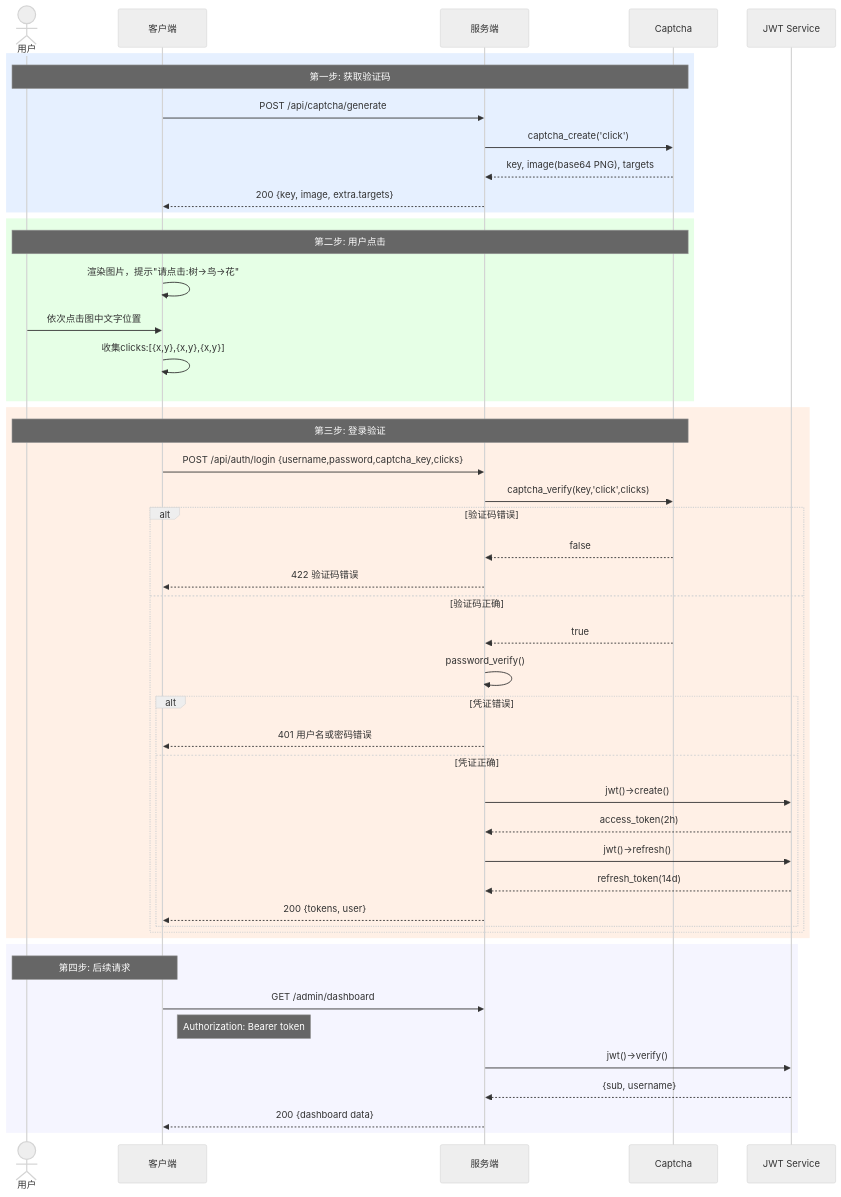
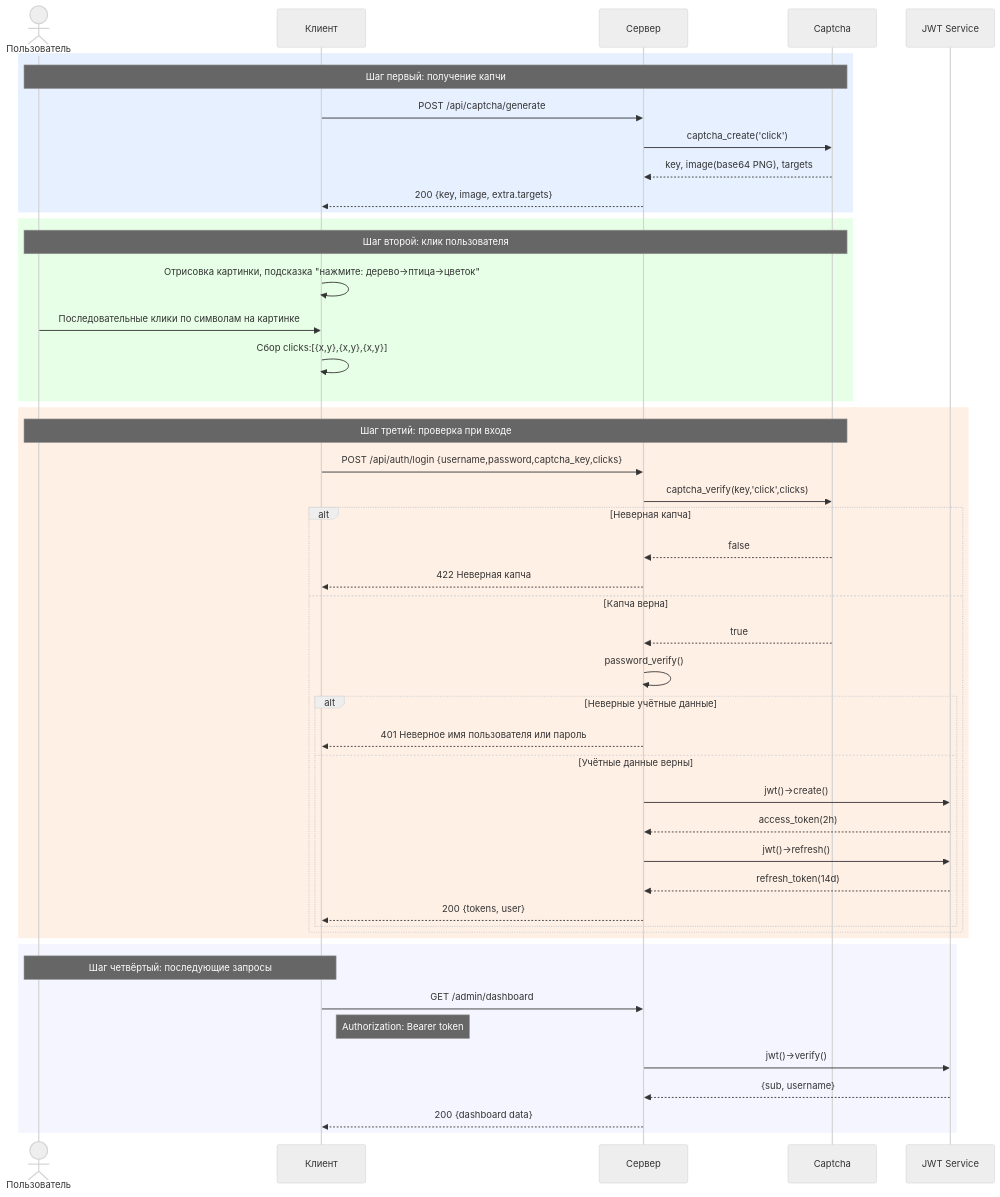
Before and after one commit to erikwang2013/game-platform-php: the diagram in admin/docs/diagrams/04-auth-captcha-flow.ru.md, drawn with Mermaid (neutral theme). The commit also changed 211 other files, not shown here.

First line of the commit message:
fix: 支付配置读回类型根治、提现事件对账巡检，12 语族 mermaid 与 API 标签本地化

````diff
--- a/admin/docs/diagrams/04-auth-captcha-flow.ru.md
+++ b/admin/docs/diagrams/04-auth-captcha-flow.ru.md
@@ -7,55 +7,55 @@
 ```mermaid
 sequenceDiagram
-    actor U as 用户
-    participant CL as 客户端
-    participant SV as 服务端
+    actor U as Пользователь
+    participant CL as Клиент
+    participant SV as Сервер
     participant CAP as Captcha
     participant JWT as JWT Service
 
     rect rgb(230, 240, 255)
-    Note over U,CAP: 第一步: 获取验证码
+    Note over U,CAP: Шаг первый: получение капчи
     CL->>SV: POST /api/captcha/generate
     SV->>CAP: captcha_create('click')
     CAP-->>SV: key, image(base64 PNG), targets
     SV-->>CL: 200 {key, image, extra.targets}
     end
 
     rect rgb(230, 255, 230)
-    Note over U,CAP: 第二步: 用户点击
-    CL->>CL: 渲染图片，提示"请点击:树→鸟→花"
-    U->>CL: 依次点击图中文字位置
-    CL->>CL: 收集clicks:[{x,y},{x,y},{x,y}]
+    Note over U,CAP: Шаг второй: клик пользователя
+    CL->>CL: Отрисовка картинки, подсказка "нажмите: дерево→птица→цветок"
+    U->>CL: Последовательные клики по символам на картинке
+    CL->>CL: Сбор clicks:[{x,y},{x,y},{x,y}]
     end
 
     rect rgb(255, 240, 230)
-    Note over U,CAP: 第三步: 登录验证
+    Note over U,CAP: Шаг третий: проверка при входе
     CL->>SV: POST /api/auth/login {username,password,captcha_key,clicks}
     SV->>CAP: captcha_verify(key,'click',clicks)
 
-    alt 验证码错误
+    alt Неверная капча
         CAP-->>SV: false
-        SV-->>CL: 422 验证码错误
-    else 验证码正确
+        SV-->>CL: 422 Неверная капча
+    else Капча верна
         CAP-->>SV: true
         SV->>SV: password_verify()
-        alt 凭证错误
-            SV-->>CL: 401 用户名或密码错误
-        else 凭证正确
+        alt Неверные учётные данные
+            SV-->>CL: 401 Неверное имя пользователя или пароль
+        else Учётные данные верны
             SV->>JWT: jwt()->create()
             JWT-->>SV: access_token(2h)
             SV->>JWT: jwt()->refresh()
             JWT-->>SV: refresh_token(14d)
             SV-->>CL: 200 {tokens, user}
         end
     end
     end
 
     rect rgb(245, 245, 255)
-    Note over U,CL: 第四步: 后续请求
+    Note over U,CL: Шаг четвёртый: последующие запросы
     CL->>SV: GET /admin/dashboard
     Note right of CL: Authorization: Bearer token
     SV->>JWT: jwt()->verify()
     JWT-->>SV: {sub, username}
     SV-->>CL: 200 {dashboard data}
     end
 ```
````
